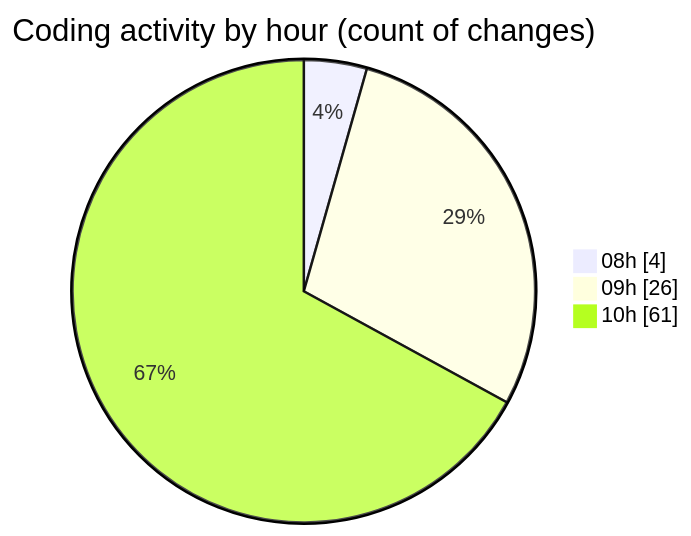
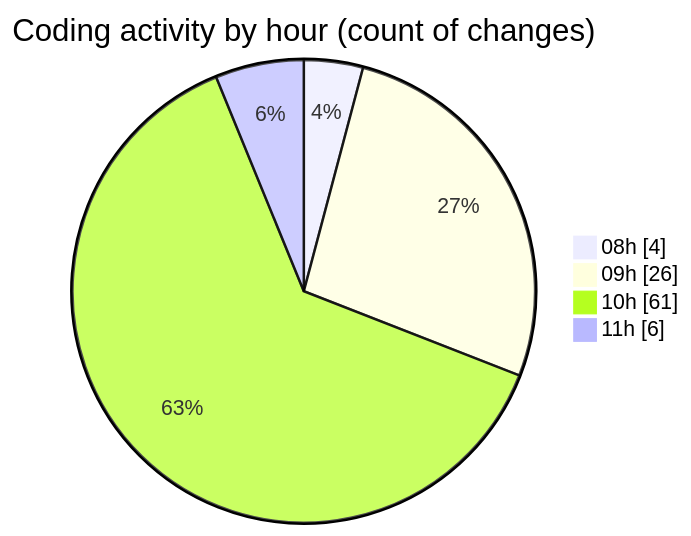
Before and after one commit to becaeroporto-bot/code-tracking: the second of 2 diagrams in 2026-02-19/bot_v1_2/README.md, drawn with Mermaid. The commit also changed other lines of this file and 1 other file, not shown here.

````diff
--- a/2026-02-19/bot_v1_2/README.md
+++ b/2026-02-19/bot_v1_2/README.md
@@ -36,7 +37,8 @@
 ```mermaid
 pie showData
 title Coding activity by hour (count of changes)
 "08h" : 4
 "09h" : 26
 "10h" : 61
+"11h" : 6
 ```
````
